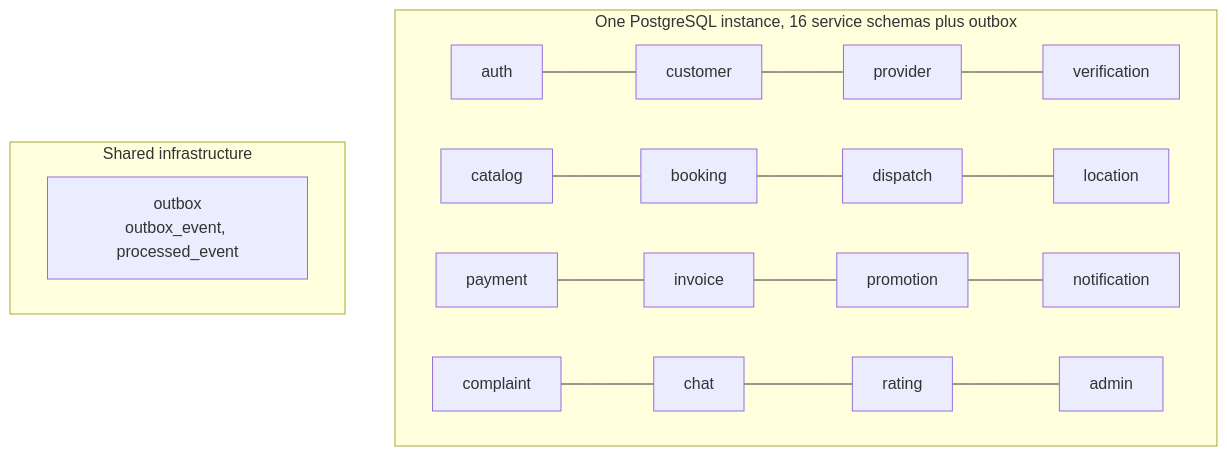
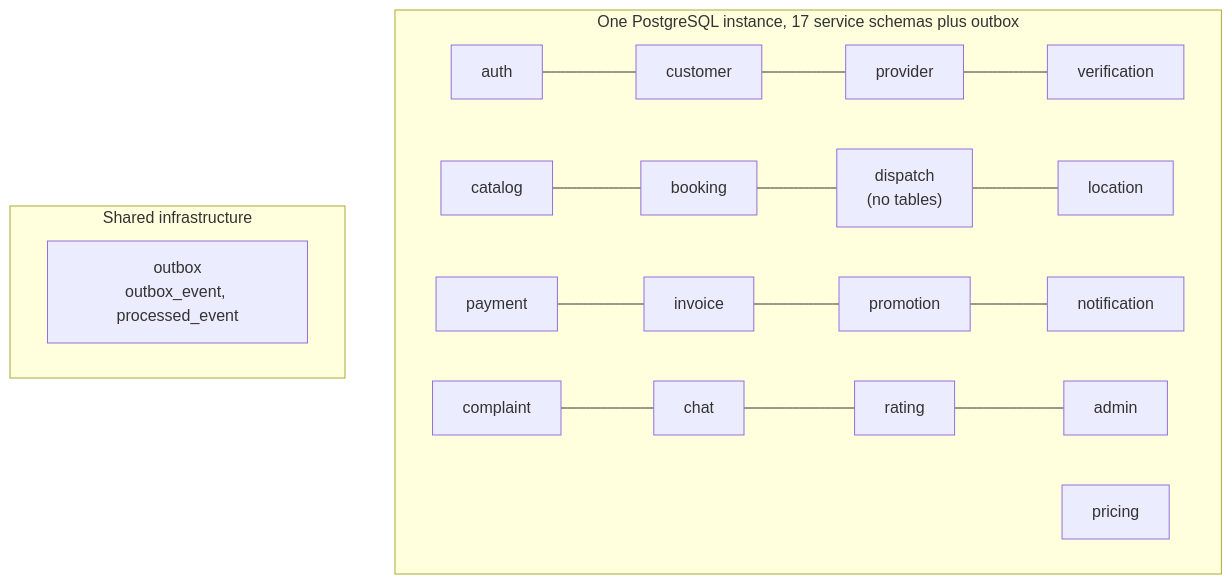
Before and after one commit to KripaGIT009/home-fix: diagram 15 of 28 in docs/ARCHITECTURE.md, drawn with Mermaid. The commit also changed other lines of this file and 7 other files, not shown here.

````diff
--- a/docs/ARCHITECTURE.md
+++ b/docs/ARCHITECTURE.md
@@ -600,12 +691,13 @@
 ```mermaid
 graph TB
-    subgraph "One PostgreSQL instance, 16 service schemas plus outbox"
+    subgraph "One PostgreSQL instance, 17 service schemas plus outbox"
         S1["auth"] --- S2["customer"] --- S3["provider"] --- S4["verification"]
-        S5["catalog"] --- S6["booking"] --- S7["dispatch"] --- S8["location"]
+        S5["catalog"] --- S6["booking"] --- S7["dispatch<br/>(no tables)"] --- S8["location"]
         S9["payment"] --- S10["invoice"] --- S11["promotion"] --- S12["notification"]
         S13["complaint"] --- S14["chat"] --- S15["rating"] --- S16["admin"]
+        S17["pricing"]
     end
     subgraph "Shared infrastructure"
         OB["outbox<br/>outbox_event, processed_event"]
     end
 ```
````
